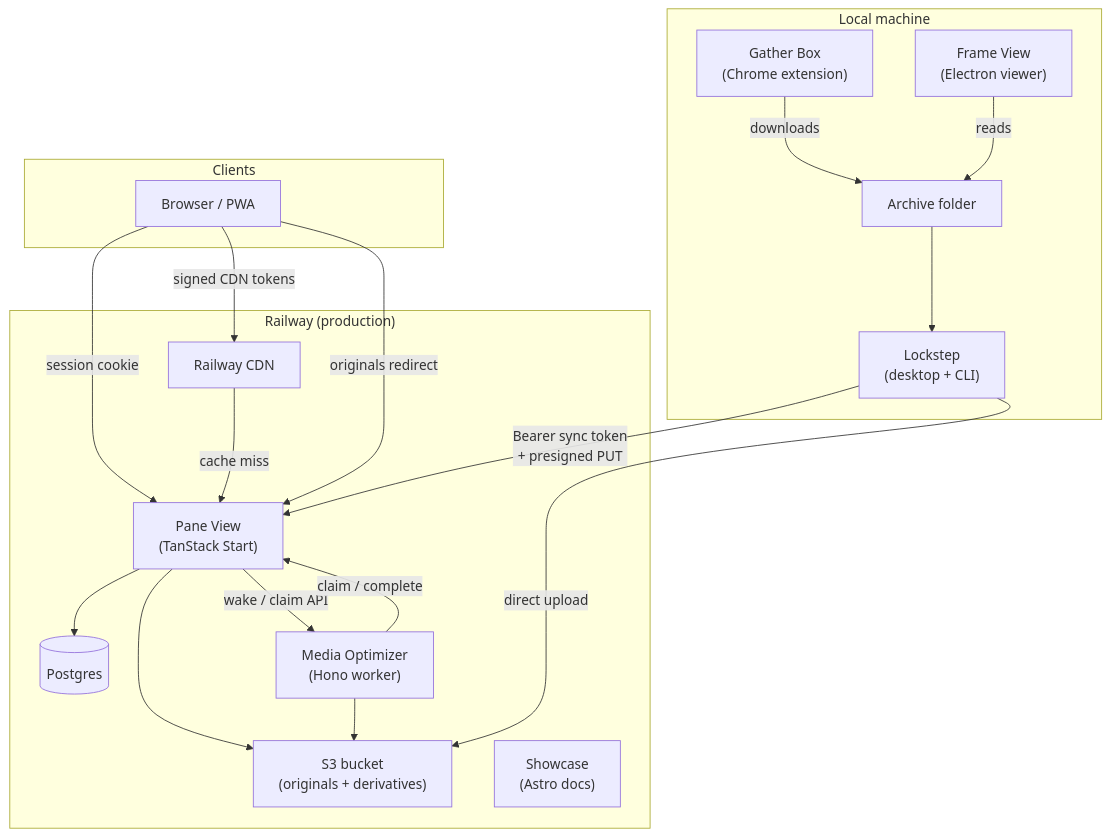
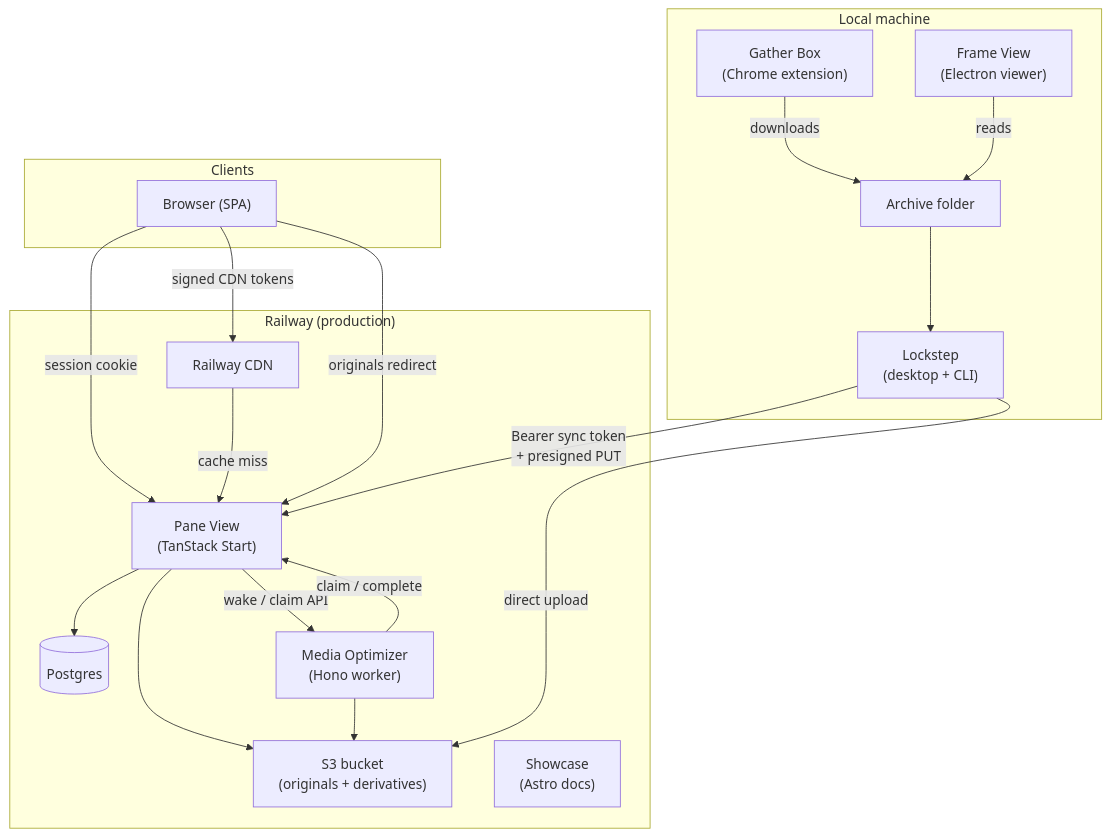
The first of 7 diagrams in docs/ARCHITECTURE.md (Traydr/latch-works), drawn with Mermaid before and after one commit. The commit also changed other lines of this file, not shown here.

Commit message:
Update ARCHITECTURE.md to reflect Pane View SPA UI rendering

````diff
--- a/docs/ARCHITECTURE.md
+++ b/docs/ARCHITECTURE.md
@@ -9,37 +9,37 @@
 ```mermaid
 flowchart TB
   subgraph local["Local machine"]
     Archive["Archive folder"]
   GB["Gather Box\n(Chrome extension)"]
     FV["Frame View\n(Electron viewer)"]
     LS["Lockstep\n(desktop + CLI)"]
     GB -->|"downloads"| Archive
     FV -->|"reads"| Archive
     Archive --> LS
   end
 
   subgraph cloud["Railway (production)"]
     PV["Pane View\n(TanStack Start)"]
     MO["Media Optimizer\n(Hono worker)"]
     PG[(Postgres)]
     S3["S3 bucket\n(originals + derivatives)"]
     CDN["Railway CDN"]
     SC["Showcase\n(Astro docs)"]
     PV --> PG
     PV --> S3
     PV -->|"wake / claim API"| MO
     MO -->|"claim / complete"| PV
     MO --> S3
     CDN -->|"cache miss"| PV
   end
 
   subgraph clients["Clients"]
-    Browser["Browser / PWA"]
+    Browser["Browser (SPA)"]
   end
 
   LS -->|"Bearer sync token\n+ presigned PUT"| PV
   LS -->|"direct upload"| S3
   Browser -->|"session cookie"| PV
   Browser -->|"signed CDN tokens"| CDN
   Browser -->|"originals redirect"| PV
 ```
````
